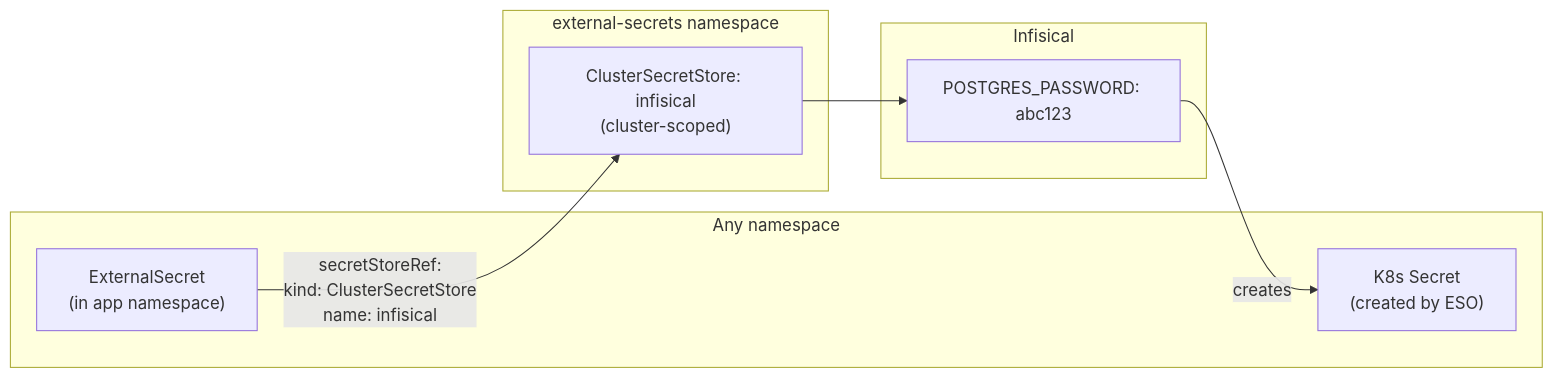
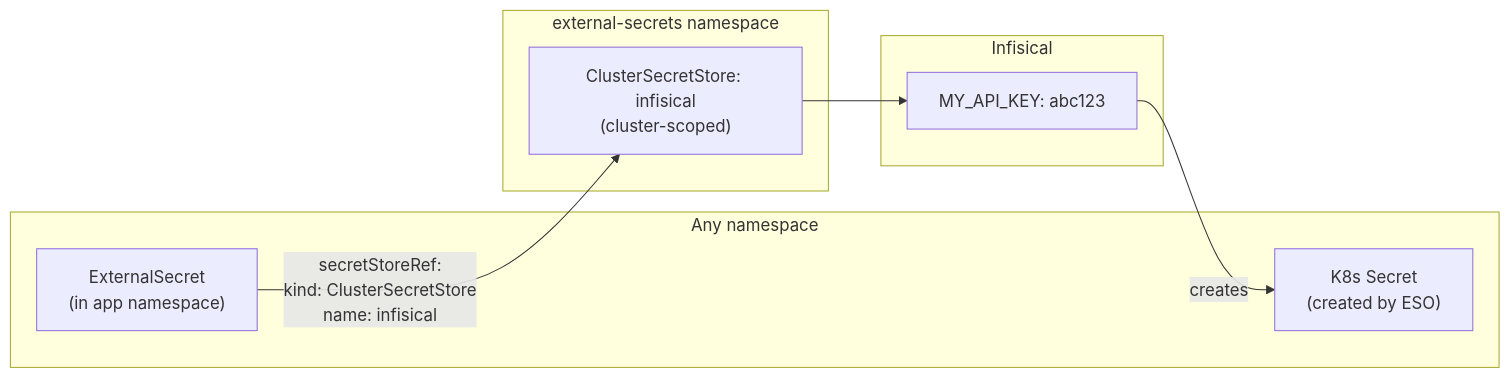
The third of 3 diagrams in k8s/apps/external-secrets/README.md (haingth77/homelab), drawn with Mermaid before and after one commit. The commit also changed other lines of this file and 11 other files, not shown here.

````diff
--- a/k8s/apps/external-secrets/README.md
+++ b/k8s/apps/external-secrets/README.md
@@ -120,19 +126,19 @@
 ```mermaid
 flowchart LR
     subgraph nsCriteria["Any namespace"]
         ES["ExternalSecret\n(in app namespace)"]
         K8sSecret["K8s Secret\n(created by ESO)"]
     end
 
     subgraph esoNs["external-secrets namespace"]
         CSS["ClusterSecretStore: infisical\n(cluster-scoped)"]
     end
 
     subgraph infisical["Infisical"]
-        Secret["POSTGRES_PASSWORD: abc123"]
+        Secret["MY_API_KEY: abc123"]
     end
 
     ES -- "secretStoreRef:\n  kind: ClusterSecretStore\n  name: infisical" --> CSS
     CSS --> Secret
     Secret -- "creates" --> K8sSecret
 ```
````
